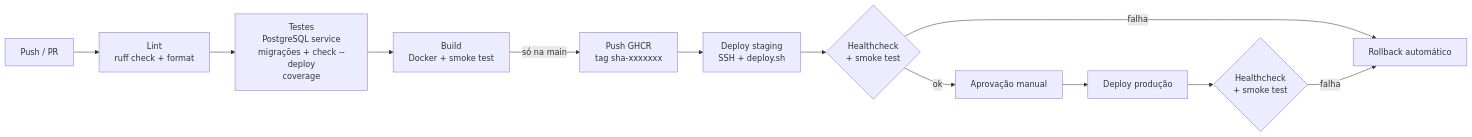
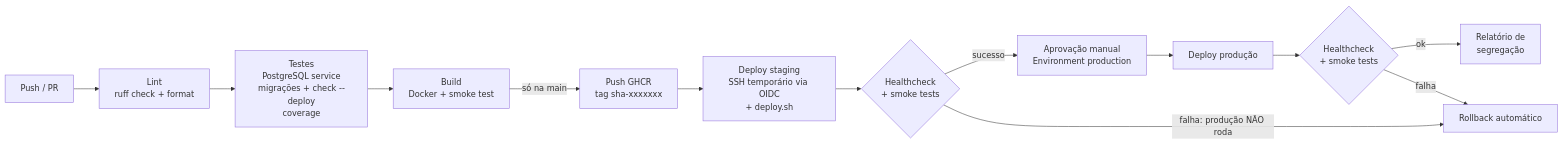
Before and after one commit to ffabricioffs/lacrei-consultas.api: the diagram in README.md, drawn with Mermaid. The commit also changed other lines of this file and 18 other files, not shown here.

First line of the commit message:
feat: ajustes da devolutiva (pipeline, evidências, segregação, SSH e logs)

````diff
--- a/README.md
+++ b/README.md
@@ -231,14 +242,15 @@
 ```mermaid
 flowchart LR
     A[Push / PR] --> B[Lint<br/>ruff check + format]
     B --> C[Testes<br/>PostgreSQL service<br/>migrações + check --deploy<br/>coverage]
     C --> D[Build<br/>Docker + smoke test]
     D -->|só na main| E[Push GHCR<br/>tag sha-xxxxxxx]
-    E --> F[Deploy staging<br/>SSH + deploy.sh]
-    F --> G{Healthcheck<br/>+ smoke test}
-    G -->|ok| H[Aprovação manual]
+    E --> F[Deploy staging<br/>SSH temporário via OIDC<br/>+ deploy.sh]
+    F --> G{Healthcheck<br/>+ smoke tests}
+    G -->|sucesso| H[Aprovação manual<br/>Environment production]
     H --> I[Deploy produção]
-    I --> J{Healthcheck<br/>+ smoke test}
-    G -->|falha| R[Rollback automático]
+    I --> J{Healthcheck<br/>+ smoke tests}
+    J -->|ok| K[Relatório de<br/>segregação]
+    G -->|falha: produção NÃO roda| R[Rollback automático]
     J -->|falha| R
 ```
````
